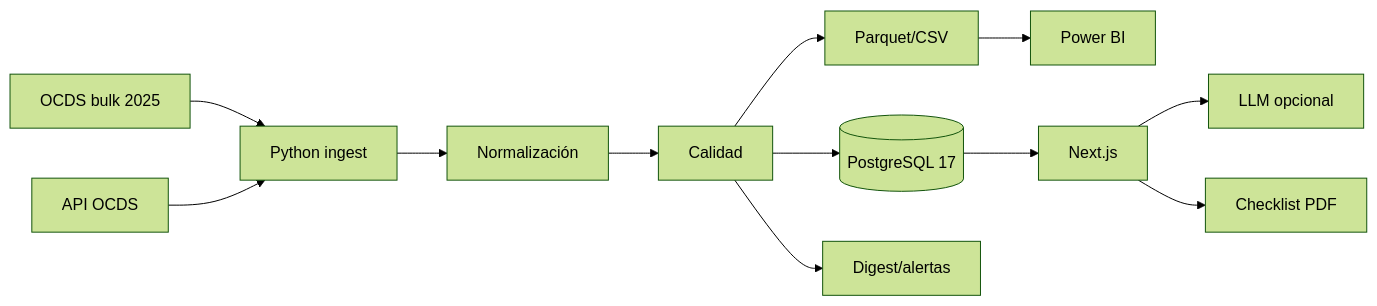
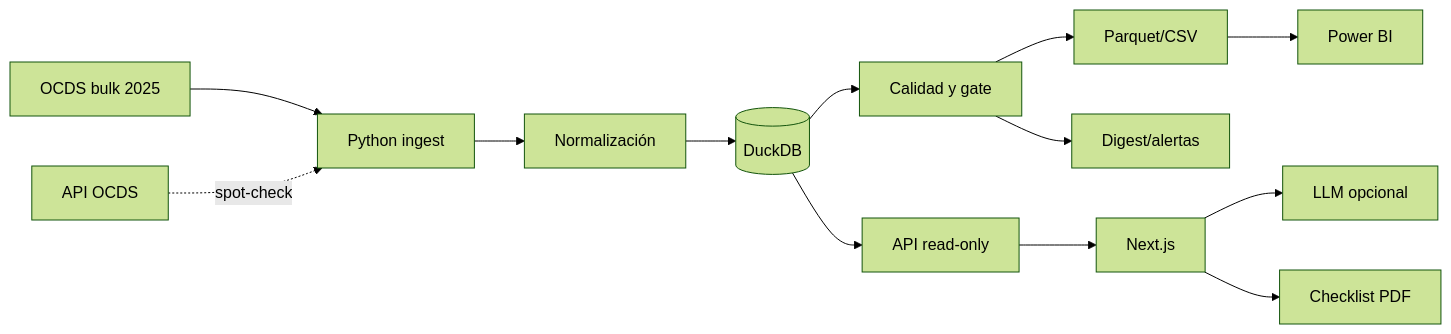
One commit to kuki236/contratamype changed the diagram in README.md. Above: the diagram before and after it, drawn with Mermaid (forest theme). The commit also changed other lines of this file, not shown here.

Commit message:
docs: reflect duckdb api architecture

````diff
--- a/README.md
+++ b/README.md
@@ -51,14 +51,15 @@
 ```mermaid
 flowchart LR
     bulk[OCDS bulk 2025] --> ingest[Python ingest]
-    api[API OCDS] --> ingest
+    api[API OCDS] -. spot-check .-> ingest
     ingest --> normalize[Normalización]
-    normalize --> quality[Calidad]
-    quality --> pg[(PostgreSQL 17)]
+    normalize --> duck[(DuckDB)]
+    duck --> quality[Calidad y gate]
     quality --> pq[Parquet/CSV]
     pq --> pbi[Power BI]
-    pg --> web[Next.js]
+    duck --> readapi[API read-only]
+    readapi --> web[Next.js]
     web --> llm[LLM opcional]
     web --> pdf[Checklist PDF]
     quality --> alerts[Digest/alertas]
 ```
````
